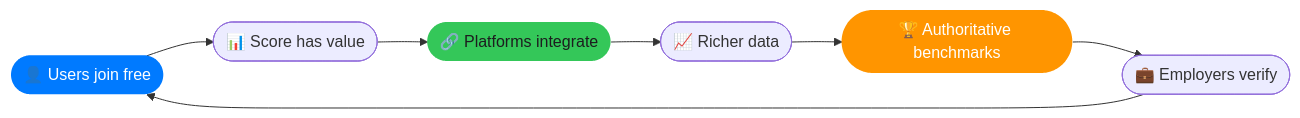
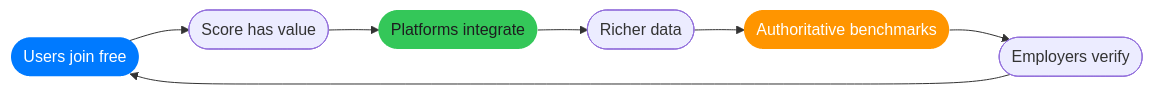
The seventh of 9 diagrams in README.md (vishalm/hivehq), drawn with Mermaid before and after one commit. The commit also changed other lines of this file and 6 other files, not shown here.

````diff
--- a/README.md
+++ b/README.md
@@ -279,13 +279,13 @@
 ```mermaid
 flowchart LR
-    A(["👤 Users join free"]) --> B(["📊 Score has value"])
-    B --> C(["🔗 Platforms integrate"])
-    C --> D(["📈 Richer data"])
-    D --> E(["🏆 Authoritative benchmarks"])
-    E --> F(["💼 Employers verify"])
+    A(["Users join free"]) --> B(["Score has value"])
+    B --> C(["Platforms integrate"])
+    C --> D(["Richer data"])
+    D --> E(["Authoritative benchmarks"])
+    E --> F(["Employers verify"])
     F --> A
 
     style A fill:#007AFF,color:#fff,stroke:none
     style C fill:#34C759,color:#1D1D1F,stroke:none
     style E fill:#FF9500,color:#fff,stroke:none
 ```
````
